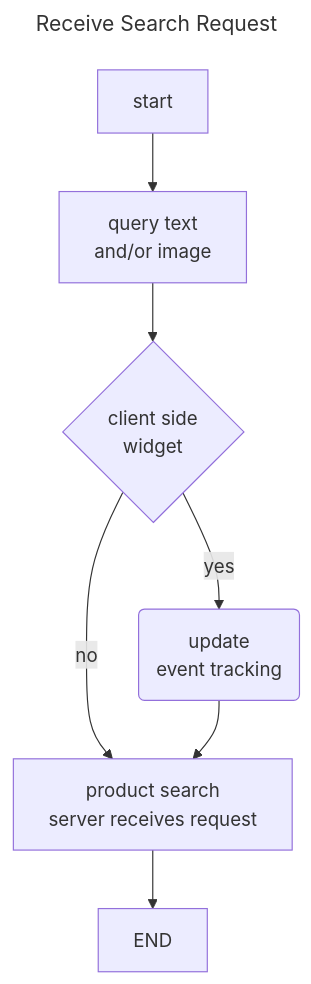
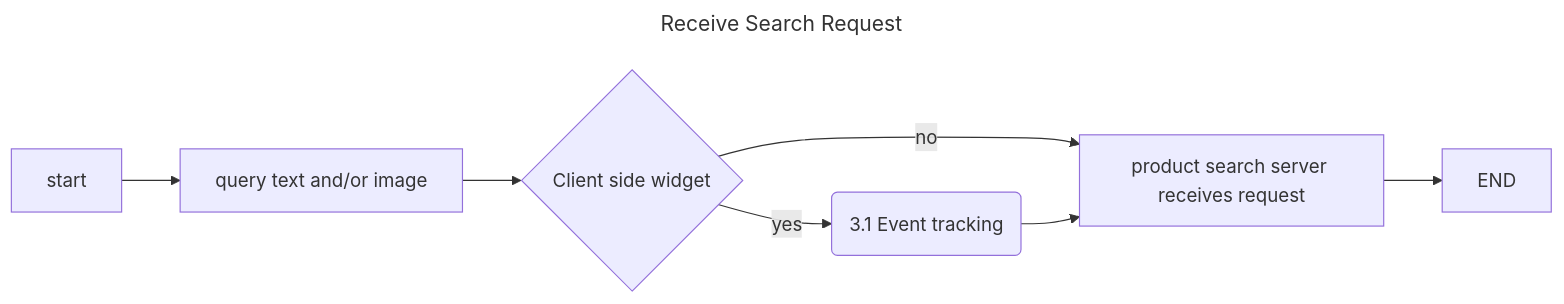
One commit to zchangvs/diagram changed the diagram in 2_1_Receive_search_request.md. Above: the diagram before and after it, drawn with Mermaid.

````diff
--- a/2_1_Receive_search_request.md
+++ b/2_1_Receive_search_request.md
@@ -1,12 +1,12 @@
 ```mermaid
 ---
 title: Receive Search Request
 ---
-flowchart TD
-    ST[start] --> QU[query text<br>and/or image]
-    QU --> WI{client side<br>widget}
-    WI --> |yes| ET(update<br>event tracking)
-    WI --> |no| PS[product search<br>server receives request]
+flowchart LR
+    ST[start] --> QU[query text and/or image]
+    QU --> WI{Client side widget}
+    WI --> |yes| ET(3.1 Event tracking)
+    WI --> |no| PS[product search server receives request]
     ET --> PS
     PS --> EN[END]
 ```
````
